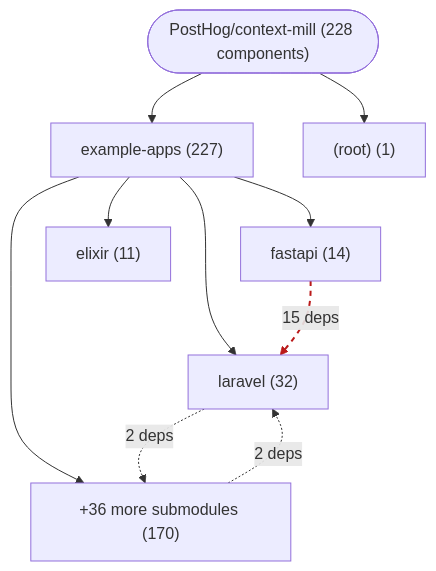
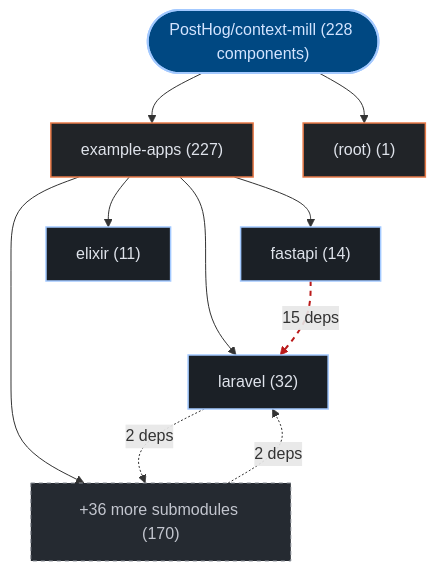
One commit to kumarshaz/atruss-code-atlas changed the first of 3 diagrams in exports/latest/reports/PostHog-context-mill-report.md. Above: the diagram before and after it, drawn with Mermaid. The commit also changed other lines of this file and 331 other files, not shown here.

Commit message:
docs,ui,fix: update SDLC docs, reorder CI/CD DAG first, stylize Mermaid, and fix Arc42 pipeline topology

````diff
--- a/exports/latest/reports/PostHog-context-mill-report.md
+++ b/exports/latest/reports/PostHog-context-mill-report.md
@@ -42,20 +42,27 @@
 ```mermaid
 graph TD;
-    repo_root(["PostHog/context-mill (228 components)"])
-    dir_0_example_apps["example-apps (227)"]
+  classDef atlasRoot fill:#004882,stroke:#a3c9ff,stroke-width:2px,color:#d3e4ff
+  classDef atlasCategory fill:#212428,stroke:#E87A48,stroke-width:1.5px,color:#dfe3eb
+  classDef atlasWorkflow fill:#1b2026,stroke:#a3c9ff,stroke-width:1.5px,color:#dfe3eb
+  classDef atlasJob fill:#171c22,stroke:#8d9199,stroke-width:1px,color:#dfe3eb
+  classDef atlasTarget fill:#005227,stroke:#8bd99b,stroke-width:1.5px,color:#a7f6b6
+  classDef atlasAlert fill:#93000a,stroke:#ffb4ab,stroke-width:1.5px,color:#ffdad6
+  classDef atlasMore fill:#252a31,stroke:#8d9199,stroke-dasharray:4 4,color:#c3c6cf
+    repo_root(["PostHog/context-mill (228 components)"]):::atlasRoot
+    dir_0_example_apps["example-apps (227)"]:::atlasCategory
     repo_root --> dir_0_example_apps
-    sub_0_0_laravel["laravel (32)"]
+    sub_0_0_laravel["laravel (32)"]:::atlasWorkflow
     dir_0_example_apps --> sub_0_0_laravel
-    sub_0_1_fastapi["fastapi (14)"]
+    sub_0_1_fastapi["fastapi (14)"]:::atlasWorkflow
     dir_0_example_apps --> sub_0_1_fastapi
-    sub_0_2_elixir["elixir (11)"]
+    sub_0_2_elixir["elixir (11)"]:::atlasWorkflow
     dir_0_example_apps --> sub_0_2_elixir
-    sub_0_more["+36 more submodules (170)"]
+    sub_0_more["+36 more submodules (170)"]:::atlasMore
     dir_0_example_apps --> sub_0_more
-    dir_1__root_["(root) (1)"]
+    dir_1__root_["(root) (1)"]:::atlasCategory
     repo_root --> dir_1__root_
     sub_0_1_fastapi -.->|"15 deps"| sub_0_0_laravel
     sub_0_0_laravel -.->|"2 deps"| sub_0_more
     sub_0_more -.->|"2 deps"| sub_0_0_laravel
     linkStyle 6 stroke:#ba1a1a,stroke-width:2px,stroke-dasharray: 5 5
 ```
````
